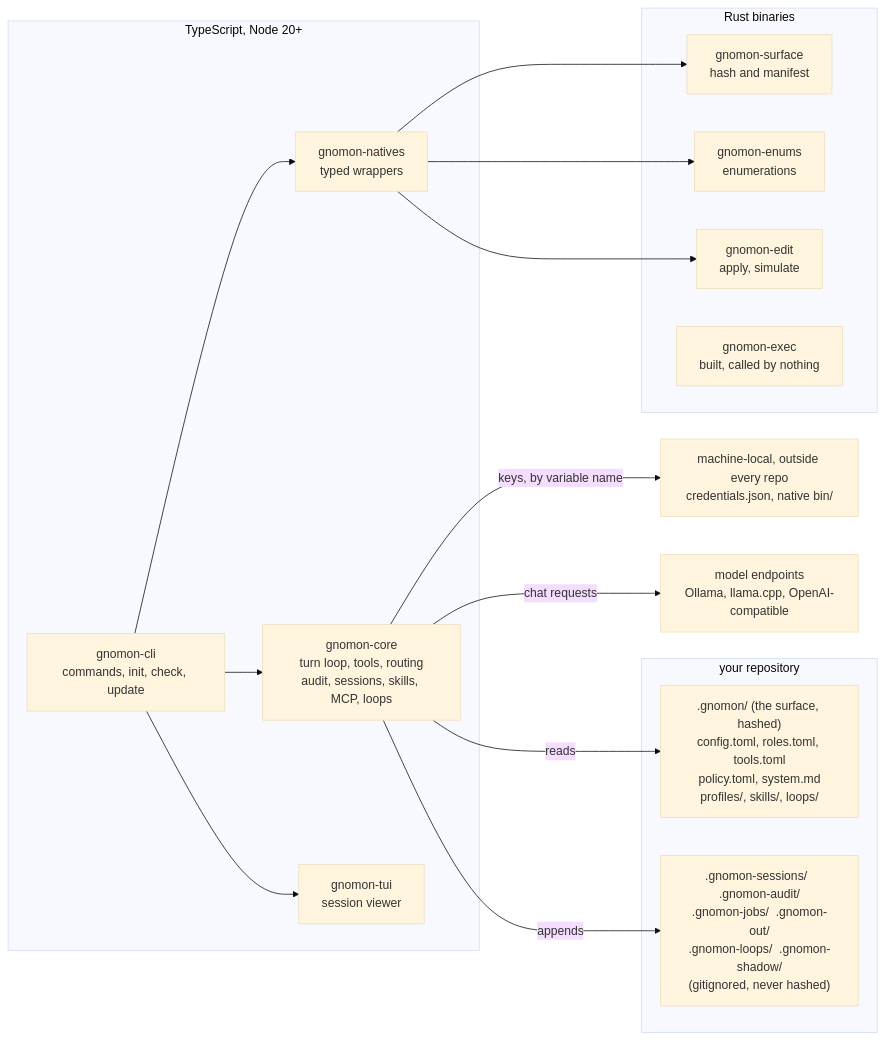
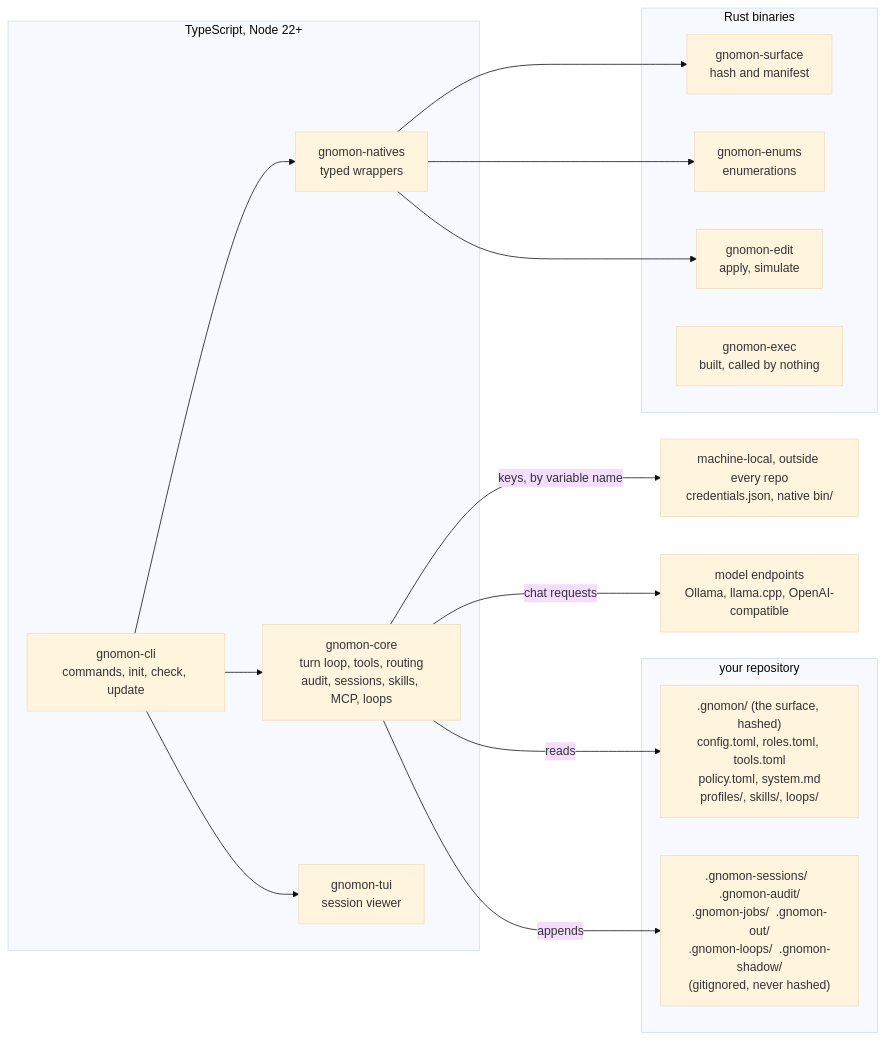
One commit to eljaplacido/gnomonharness changed the first of 5 diagrams in docs/GUIDE.md. Above: the diagram before and after it, drawn with Mermaid (base theme). The commit also changed other lines of this file and 12 other files, not shown here.

````diff
--- a/docs/GUIDE.md
+++ b/docs/GUIDE.md
@@ -93,31 +93,31 @@
 ```mermaid
 flowchart LR
     subgraph REPO["your repository"]
         SURF[".gnomon/ (the surface, hashed)<br/>config.toml, roles.toml, tools.toml<br/>policy.toml, system.md<br/>profiles/, skills/, loops/"]
         RUN[".gnomon-sessions/  .gnomon-audit/<br/>.gnomon-jobs/  .gnomon-out/<br/>.gnomon-loops/  .gnomon-shadow/<br/>(gitignored, never hashed)"]
     end
-    subgraph TS["TypeScript, Node 20+"]
+    subgraph TS["TypeScript, Node 22+"]
         CLI["gnomon-cli<br/>commands, init, check, update"]
         CORE["gnomon-core<br/>turn loop, tools, routing<br/>audit, sessions, skills, MCP, loops"]
         NAT["gnomon-natives<br/>typed wrappers"]
         TUI["gnomon-tui<br/>session viewer"]
     end
     subgraph RS["Rust binaries"]
         R1["gnomon-surface<br/>hash and manifest"]
         R2["gnomon-enums<br/>enumerations"]
         R3["gnomon-edit<br/>apply, simulate"]
         R4["gnomon-exec<br/>built, called by nothing"]
     end
     MACH["machine-local, outside every repo<br/>credentials.json, native bin/"]
     MODELS["model endpoints<br/>Ollama, llama.cpp, OpenAI-compatible"]
     CLI --> CORE
     CLI --> TUI
     CLI --> NAT
     NAT --> R1
     NAT --> R2
     NAT --> R3
     CORE -->|reads| SURF
     CORE -->|appends| RUN
     CORE -->|"keys, by variable name"| MACH
     CORE -->|chat requests| MODELS
 ```
````
